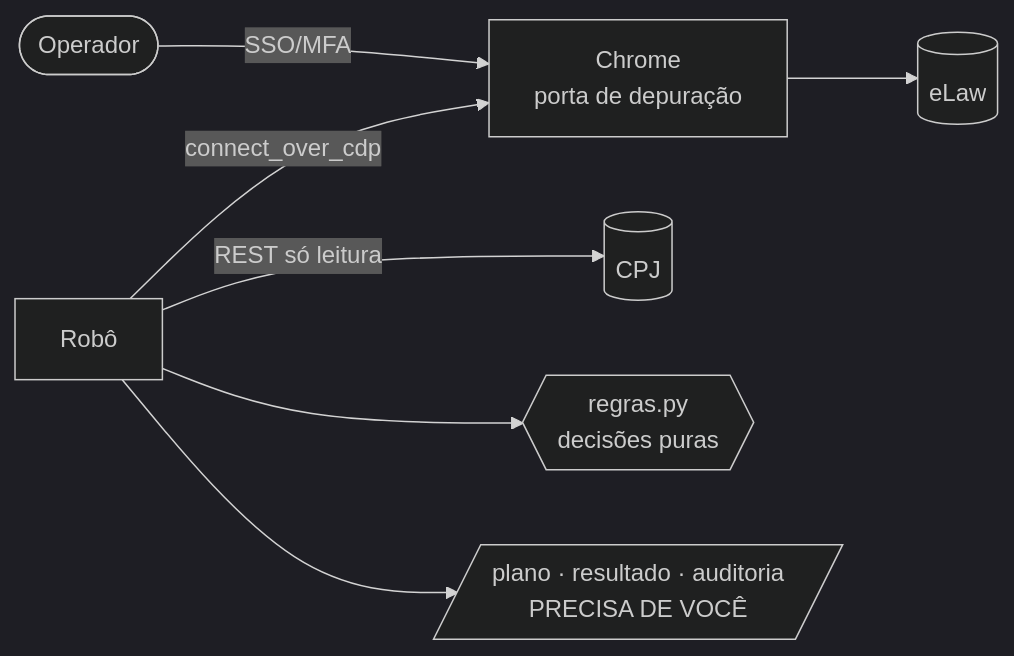
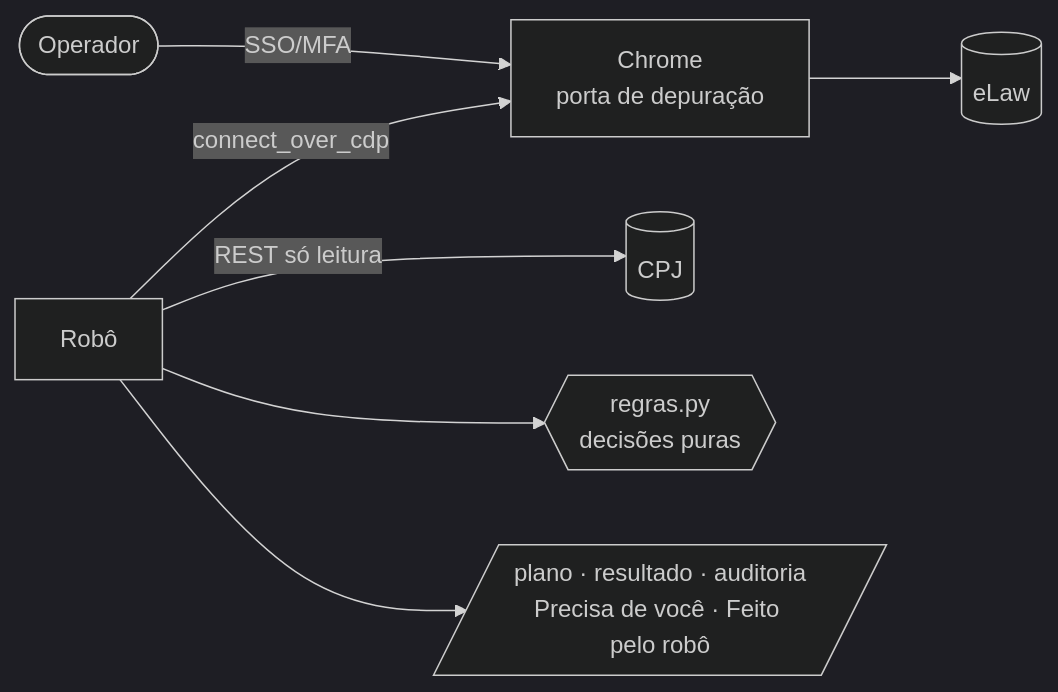
The first of 2 diagrams in README.md (Gabwasch/rpa-contencioso-elaw), drawn with Mermaid (dark theme) before and after one commit. The commit also changed other lines of this file and 1 other file, not shown here.

````diff
--- a/README.md
+++ b/README.md
@@ -132,9 +136,9 @@
 ```mermaid
 flowchart LR
     OP([Operador]) -->|SSO/MFA| CH[Chrome<br/>porta de depuração]
     R[Robô] -->|connect_over_cdp| CH
     CH --> E[(eLaw)]
     R -->|REST só leitura| P[(CPJ)]
     R --> REG{{regras.py<br/>decisões puras}}
-    R --> S[/plano · resultado · auditoria<br/>PRECISA DE VOCÊ/]
+    R --> S[/plano · resultado · auditoria<br/>Precisa de você · Feito pelo robô/]
 ```
````
